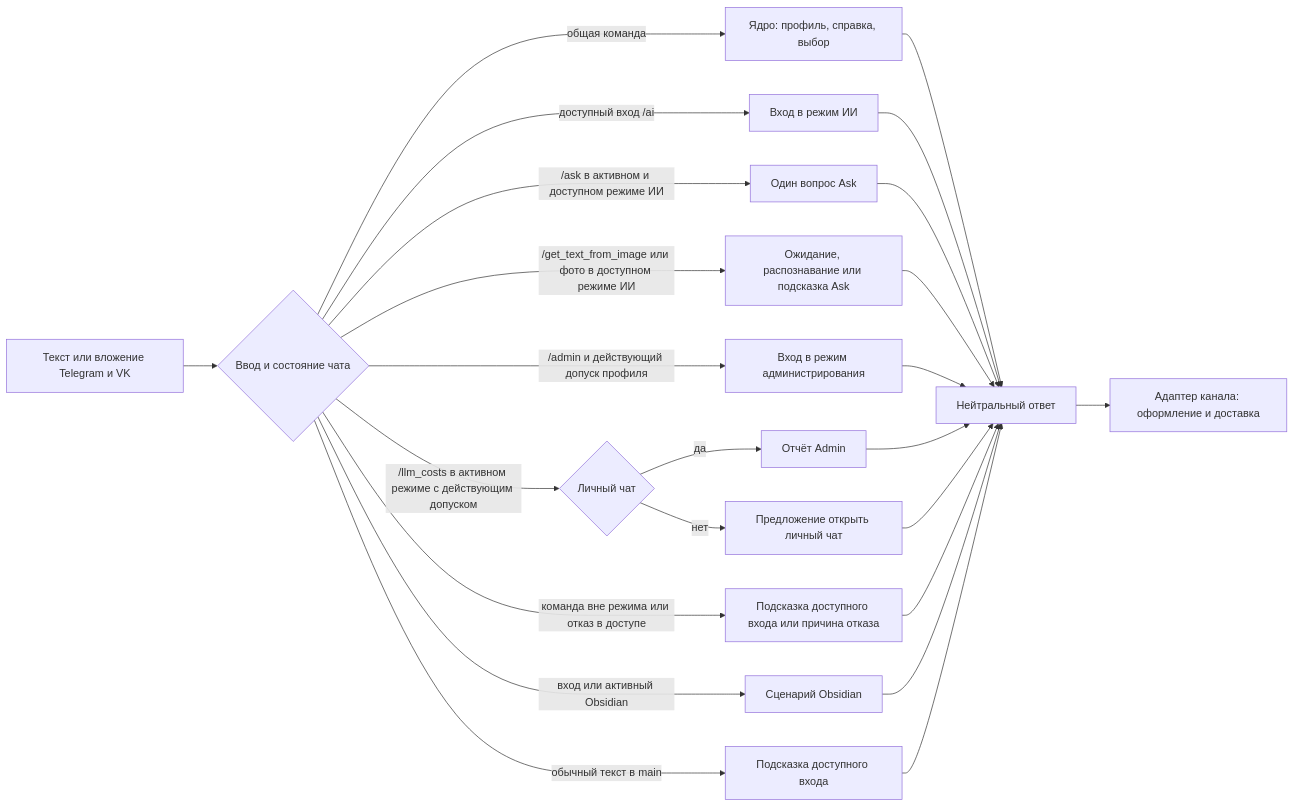
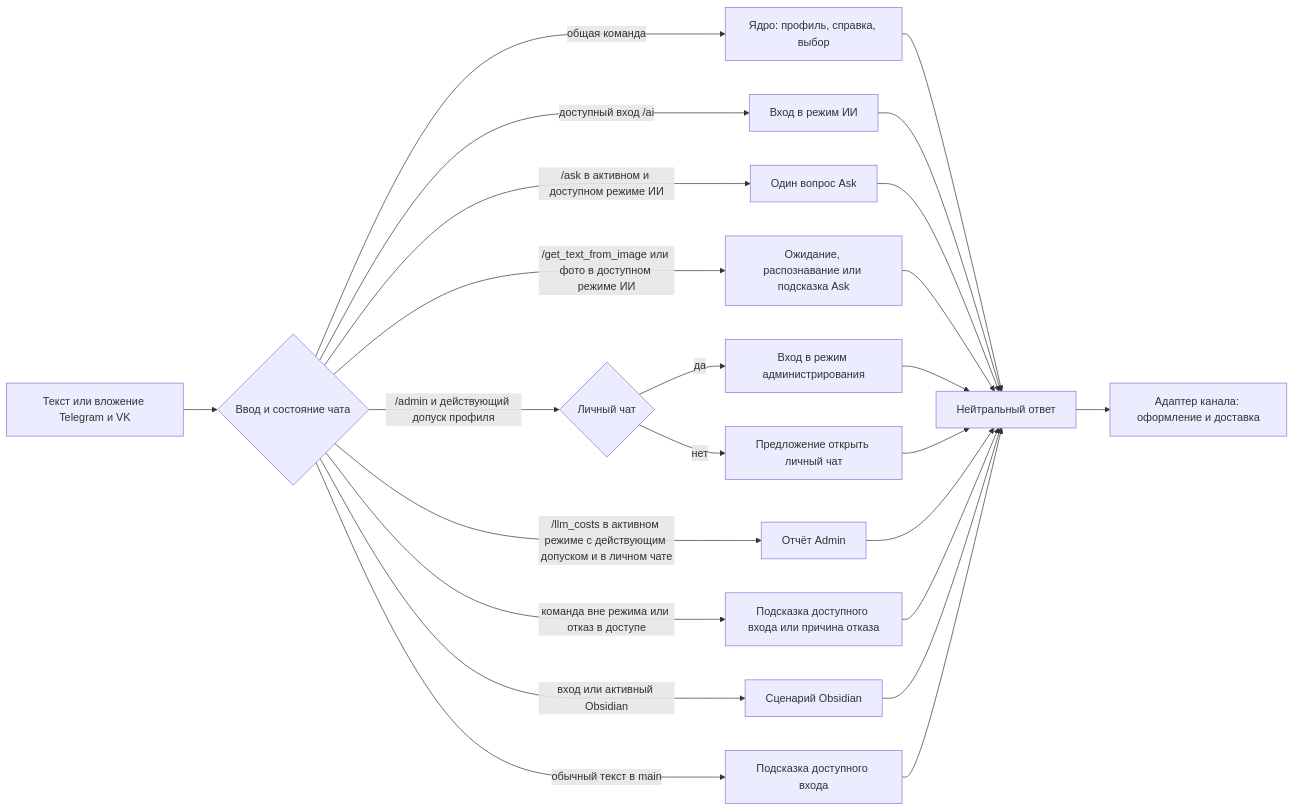
One commit to karateka-git/compadre-assistant changed the diagram in docs/USER_MESSAGES.md. Above: the diagram before and after it, drawn with Mermaid. The commit also changed other lines of this file and 5 other files, not shown here.

Commit message:
Открывать режим администрирования только в личных чатах

````diff
--- a/docs/USER_MESSAGES.md
+++ b/docs/USER_MESSAGES.md
@@ -20,26 +20,26 @@
 ```mermaid
 flowchart LR
     A[Текст или вложение Telegram и VK] --> B{Ввод и состояние чата}
     B -->|общая команда| C[Ядро: профиль, справка, выбор]
     B -->|доступный вход /ai| D[Вход в режим ИИ]
     B -->|/ask в активном и доступном режиме ИИ| I[Один вопрос Ask]
     B -->|/get_text_from_image или фото в доступном режиме ИИ| K[Ожидание, распознавание или подсказка Ask]
-    B -->|/admin и действующий допуск профиля| L[Вход в режим администрирования]
-    B -->|/llm_costs в активном режиме с действующим допуском| M{Личный чат}
-    M -->|да| N[Отчёт Admin]
-    M -->|нет| P[Предложение открыть личный чат]
+    B -->|/admin и действующий допуск профиля| L{Личный чат}
+    L -->|да| Q[Вход в режим администрирования]
+    L -->|нет| P[Предложение открыть личный чат]
+    B -->|/llm_costs в активном режиме с действующим допуском и в личном чате| N[Отчёт Admin]
     B -->|команда вне режима или отказ в доступе| J[Подсказка доступного входа или причина отказа]
     B -->|вход или активный Obsidian| E[Сценарий Obsidian]
     B -->|обычный текст в main| F[Подсказка доступного входа]
     C --> G[Нейтральный ответ]
     D --> G
     I --> G
     K --> G
-    L --> G
+    Q --> G
     N --> G
     P --> G
     J --> G
     E --> G
     F --> G
     G --> H[Адаптер канала: оформление и доставка]
 ```
````
